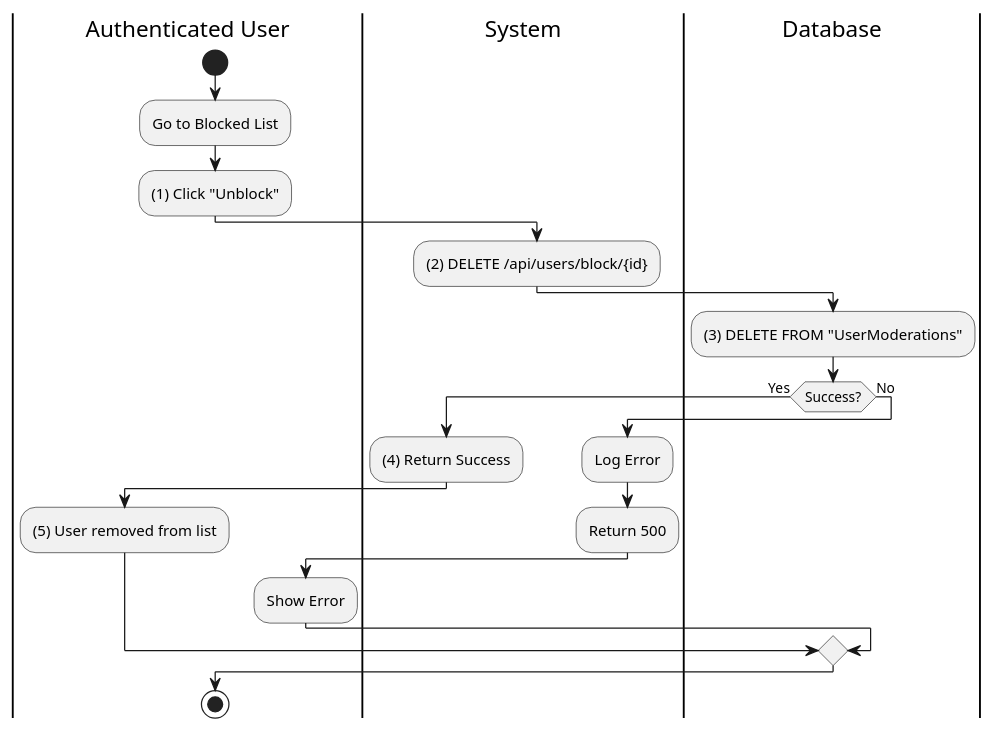
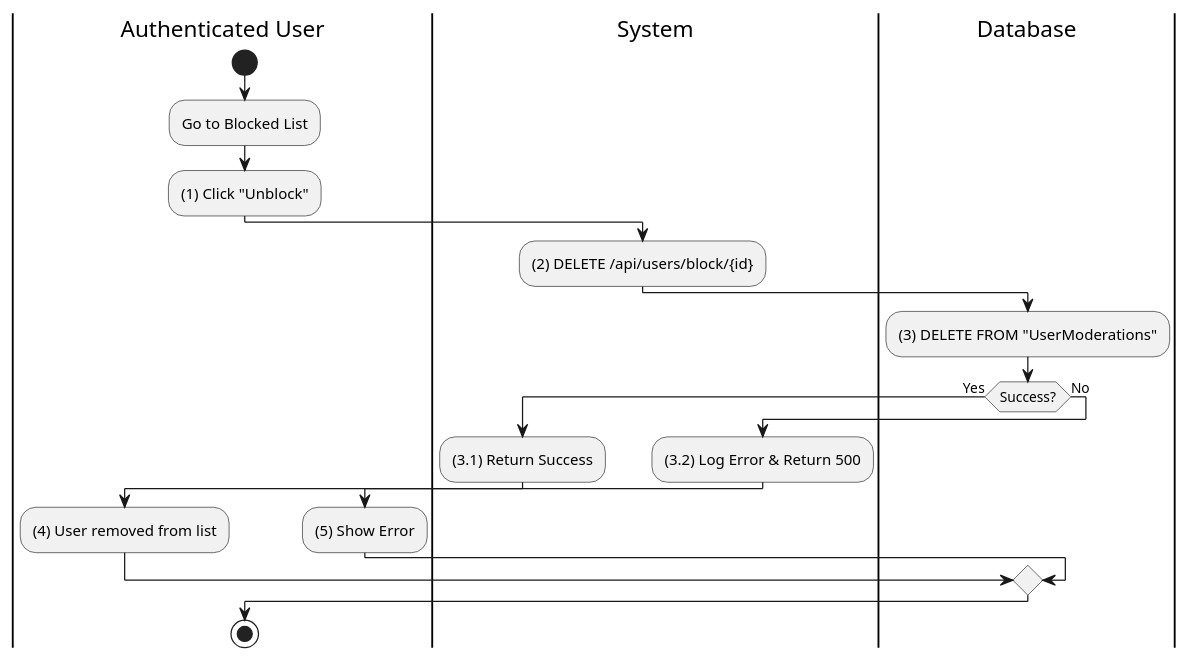
One commit to I-Love-U-3000/Favi-BE changed diagram 11 of 14 in UC_2.1.6_Adjust_Friend.md. Above: the diagram before and after it, drawn with PlantUML. The commit also changed other lines of this file and 36 other files, not shown here.

````diff
--- a/UC_2.1.6_Adjust_Friend.md
+++ b/UC_2.1.6_Adjust_Friend.md
@@ -550,25 +483,24 @@
 ```plantuml
 @startuml
 |Authenticated User|
 start
 :Go to Blocked List;
 :(1) Click "Unblock";
 |System|
 :(2) DELETE /api/users/block/{id};
 |Database|
 :(3) DELETE FROM "UserModerations";
 if (Success?) then (Yes)
     |System|
-    :(4) Return Success;
+    :(3.1) Return Success;
     |Authenticated User|
-    :(5) User removed from list;
+    :(4) User removed from list;
 else (No)
     |System|
-    :Log Error;
-    :Return 500;
+    :(3.2) Log Error & Return 500;
     |Authenticated User|
-    :Show Error;
+    :(5) Show Error;
 endif
 stop
 @enduml
 ```
````
